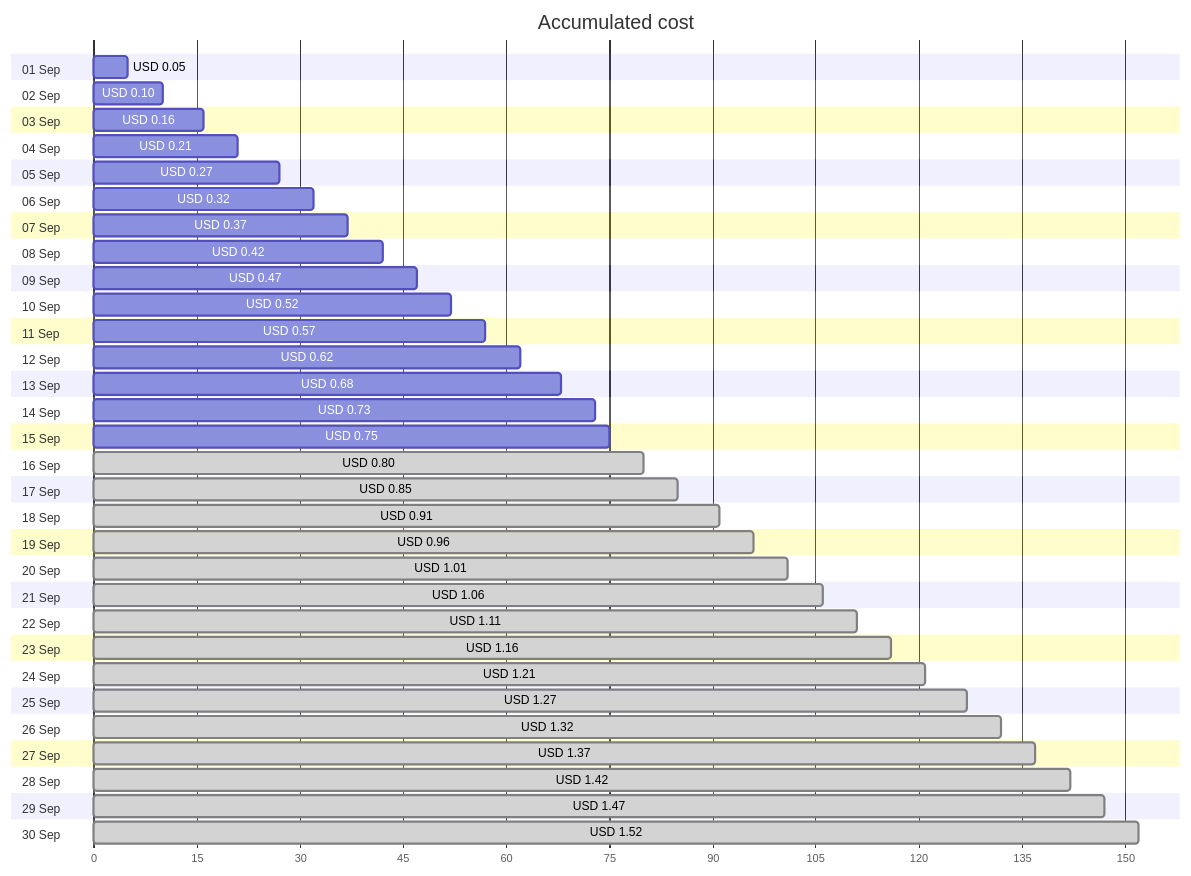
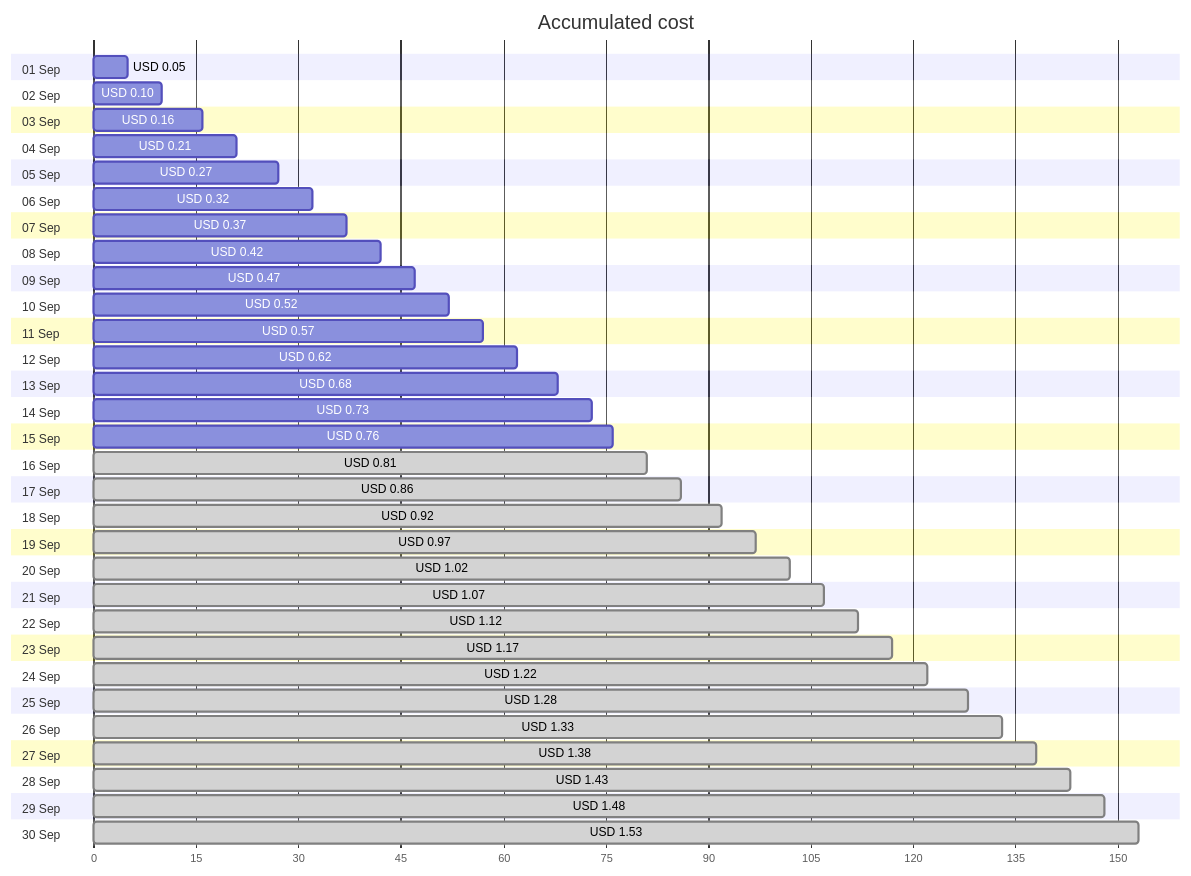
Before and after one commit to jpfulton/azure-personal-reports: the first of 4 diagrams in cost-reports/personal-network/win-dev_OsDisk.md, drawn with Mermaid. The commit also changed other lines of this file and 14 other files, not shown here.

````diff
--- a/cost-reports/personal-network/win-dev_OsDisk.md
+++ b/cost-reports/personal-network/win-dev_OsDisk.md
@@ -20,66 +20,66 @@
 ```mermaid
 gantt
    title Accumulated cost
    dateFormat  X
    axisFormat %s
    section 01 Sep
    USD 0.05 :0, 5
    section 02 Sep
    USD 0.10 :0, 10
    section 03 Sep
    USD 0.16 :0, 16
    section 04 Sep
    USD 0.21 :0, 21
    section 05 Sep
    USD 0.27 :0, 27
    section 06 Sep
    USD 0.32 :0, 32
    section 07 Sep
    USD 0.37 :0, 37
    section 08 Sep
    USD 0.42 :0, 42
    section 09 Sep
    USD 0.47 :0, 47
    section 10 Sep
    USD 0.52 :0, 52
    section 11 Sep
    USD 0.57 :0, 57
    section 12 Sep
    USD 0.62 :0, 62
    section 13 Sep
    USD 0.68 :0, 68
    section 14 Sep
    USD 0.73 :0, 73
    section 15 Sep
-   USD 0.75 :0, 75
+   USD 0.76 :0, 76
    section 16 Sep
-   USD 0.80 : done, 0, 80
+   USD 0.81 : done, 0, 81
    section 17 Sep
-   USD 0.85 : done, 0, 85
+   USD 0.86 : done, 0, 86
    section 18 Sep
-   USD 0.91 : done, 0, 91
+   USD 0.92 : done, 0, 92
    section 19 Sep
-   USD 0.96 : done, 0, 96
+   USD 0.97 : done, 0, 97
    section 20 Sep
-   USD 1.01 : done, 0, 101
+   USD 1.02 : done, 0, 102
    section 21 Sep
-   USD 1.06 : done, 0, 106
+   USD 1.07 : done, 0, 107
    section 22 Sep
-   USD 1.11 : done, 0, 111
+   USD 1.12 : done, 0, 112
    section 23 Sep
-   USD 1.16 : done, 0, 116
+   USD 1.17 : done, 0, 117
    section 24 Sep
-   USD 1.21 : done, 0, 121
+   USD 1.22 : done, 0, 122
    section 25 Sep
-   USD 1.27 : done, 0, 127
+   USD 1.28 : done, 0, 128
    section 26 Sep
-   USD 1.32 : done, 0, 132
+   USD 1.33 : done, 0, 133
    section 27 Sep
-   USD 1.37 : done, 0, 137
+   USD 1.38 : done, 0, 138
    section 28 Sep
-   USD 1.42 : done, 0, 142
+   USD 1.43 : done, 0, 143
    section 29 Sep
-   USD 1.47 : done, 0, 147
+   USD 1.48 : done, 0, 148
    section 30 Sep
-   USD 1.52 : done, 0, 152
+   USD 1.53 : done, 0, 153
 ```
````
